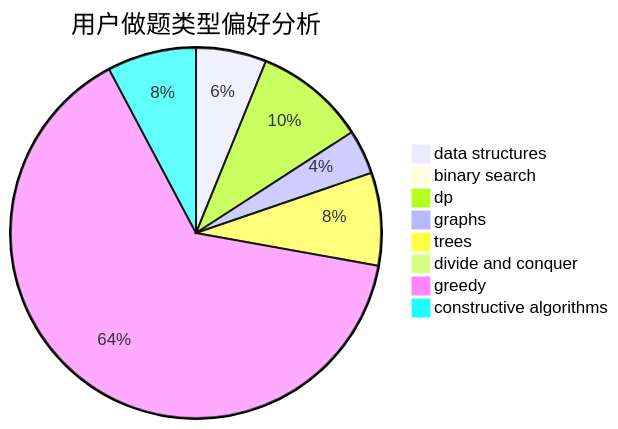
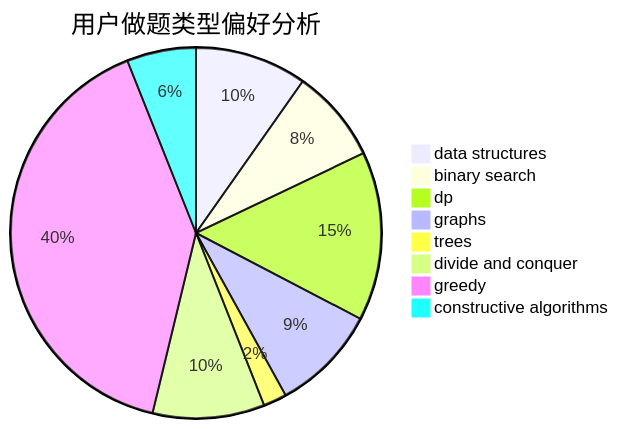
The second of 3 diagrams in docs/user/u730.md (sherpahu/cfrs.github.io), drawn with Mermaid before and after one commit. The commit also changed other lines of this file and 2770 other files, not shown here.

````diff
--- a/docs/user/u730.md
+++ b/docs/user/u730.md
@@ -23,11 +23,11 @@
 ```mermaid
 pie title 用户做题类型偏好分析
-    "data structures" :  19
-    "binary search" :  1
-    "dp" :  30
-    "graphs" :  12
-    "trees" :  25
-    "divide and conquer" :  0
-    "greedy" :  199
-    "constructive algorithms" :  24
+    "data structures" :  110
+    "binary search" :  92
+    "dp" :  166
+    "graphs" :  105
+    "trees" :  23
+    "divide and conquer" :  110
+    "greedy" :  453
+    "constructive algorithms" :  68
 ```
````
